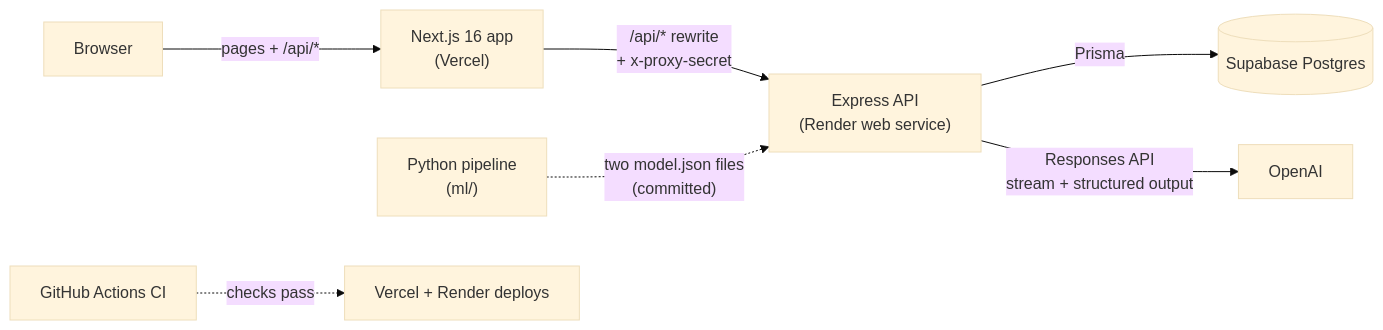
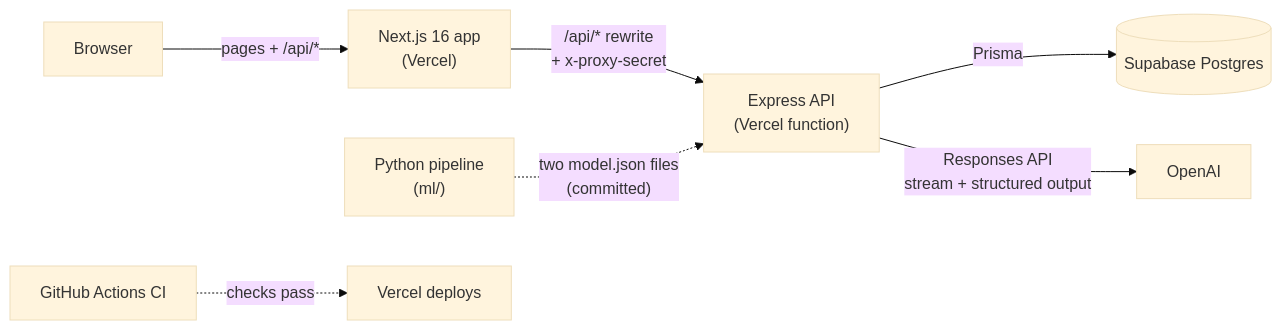
One commit to Nadeeja99/GrowthTracker changed the diagram in README.md. Above: the diagram before and after it, drawn with Mermaid (base theme). The commit also changed other lines of this file and 34 other files, not shown here.

````diff
--- a/README.md
+++ b/README.md
@@ -50,9 +50,9 @@
 ```mermaid
 flowchart LR
   B[Browser] -->|pages + /api/*| W["Next.js 16 app<br/>(Vercel)"]
-  W -->|"/api/* rewrite<br/>+ x-proxy-secret"| A["Express API<br/>(Render web service)"]
+  W -->|"/api/* rewrite<br/>+ x-proxy-secret"| A["Express API<br/>(Vercel function)"]
   A -->|Prisma| D[(Supabase Postgres)]
   A -->|"Responses API<br/>stream + structured output"| O[OpenAI]
   ML["Python pipeline<br/>(ml/)"] -.->|"two model.json files<br/>(committed)"| A
-  GH[GitHub Actions CI] -.->|checks pass| R[Vercel + Render deploys]
+  GH[GitHub Actions CI] -.->|checks pass| R[Vercel deploys]
 ```
````
